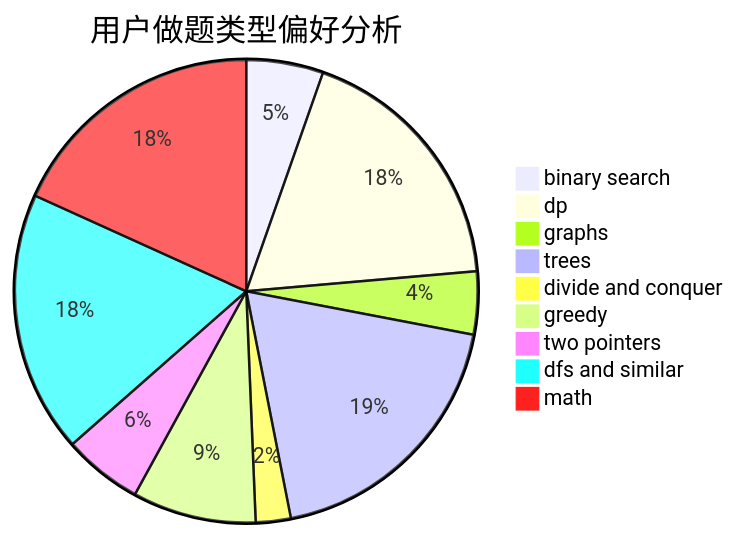
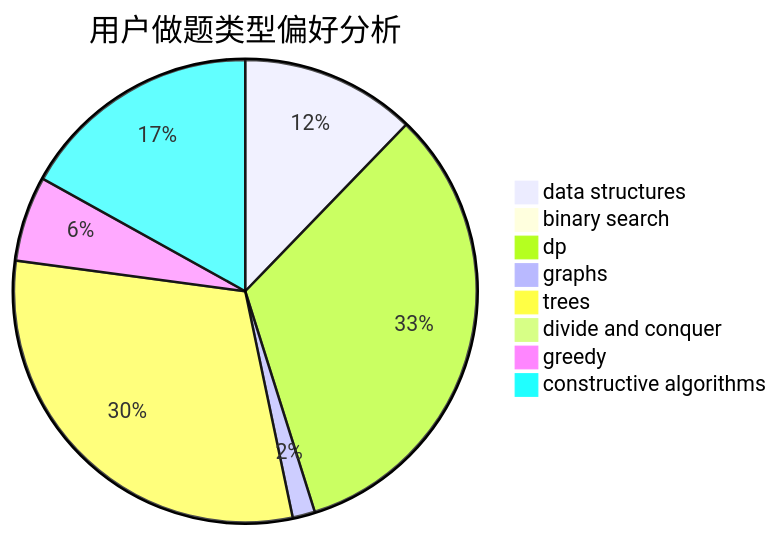
Before and after one commit to sherpahu/cfrs.github.io: the second of 3 diagrams in docs/user/u2405.md, drawn with Mermaid. The commit also changed other lines of this file and 2775 other files, not shown here.

````diff
--- a/docs/user/u2405.md
+++ b/docs/user/u2405.md
@@ -23,12 +23,11 @@
 ```mermaid
 pie title 用户做题类型偏好分析
-    "binary search" :  33
-    "dp" :  112
-    "graphs" :  27
-    "trees" :  116
-    "divide and conquer" :  15
-    "greedy" :  53
-    "two pointers" :  34
-    "dfs and similar" :  112
-    "math" :  112
+    "data structures" :  39
+    "binary search" :  0
+    "dp" :  105
+    "graphs" :  5
+    "trees" :  97
+    "divide and conquer" :  0
+    "greedy" :  19
+    "constructive algorithms" :  54
 ```
````
